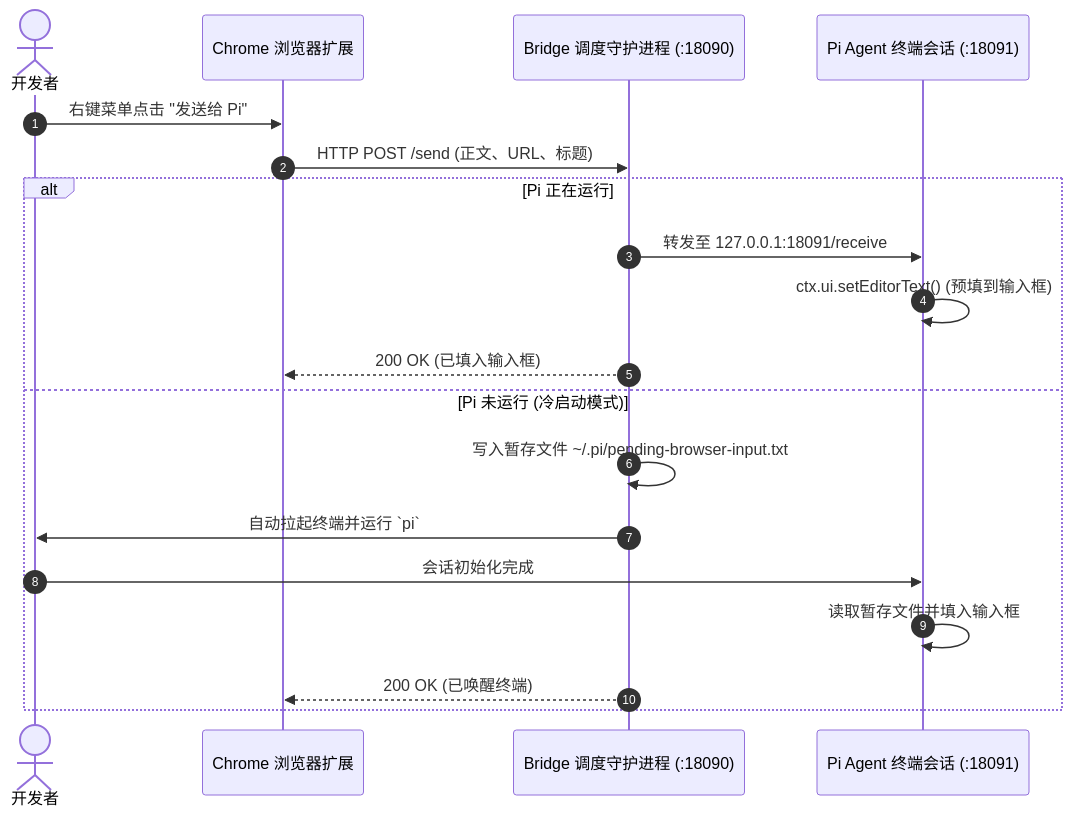
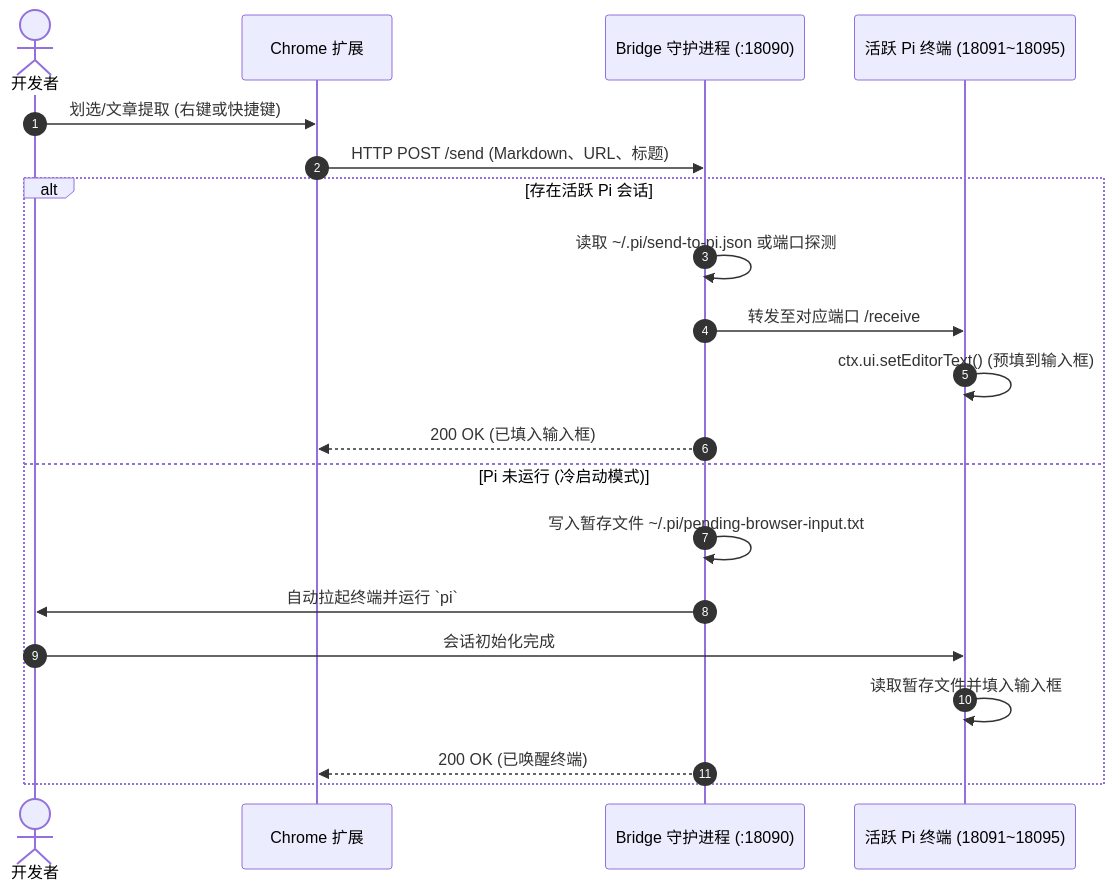
Before and after one commit to Wude-m/send-to-pi: the diagram in README_CN.md, drawn with Mermaid. The commit also changed other lines of this file and 7 other files, not shown here.

````diff
--- a/README_CN.md
+++ b/README_CN.md
@@ -35,22 +39,23 @@
 ```mermaid
 sequenceDiagram
     autonumber
     actor User as 开发者
-    participant Browser as Chrome 浏览器扩展
-    participant Bridge as Bridge 调度守护进程 (:18090)
-    participant Pi as Pi Agent 终端会话 (:18091)
+    participant Browser as Chrome 扩展
+    participant Bridge as Bridge 守护进程 (:18090)
+    participant Pi as 活跃 Pi 终端 (18091~18095)
 
-    User->>Browser: 右键菜单点击 "发送给 Pi"
-    Browser->>Bridge: HTTP POST /send (正文、URL、标题)
-    alt Pi 正在运行
-        Bridge->>Pi: 转发至 127.0.0.1:18091/receive
+    User->>Browser: 划选/文章提取 (右键或快捷键)
+    Browser->>Bridge: HTTP POST /send (Markdown、URL、标题)
+    alt 存在活跃 Pi 会话
+        Bridge->>Bridge: 读取 ~/.pi/send-to-pi.json 或端口探测
+        Bridge->>Pi: 转发至对应端口 /receive
         Pi->>Pi: ctx.ui.setEditorText() (预填到输入框)
         Bridge-->>Browser: 200 OK (已填入输入框)
     else Pi 未运行 (冷启动模式)
         Bridge->>Bridge: 写入暂存文件 ~/.pi/pending-browser-input.txt
         Bridge->>User: 自动拉起终端并运行 `pi`
         User->>Pi: 会话初始化完成
         Pi->>Pi: 读取暂存文件并填入输入框
         Bridge-->>Browser: 200 OK (已唤醒终端)
     end
 ```
````
